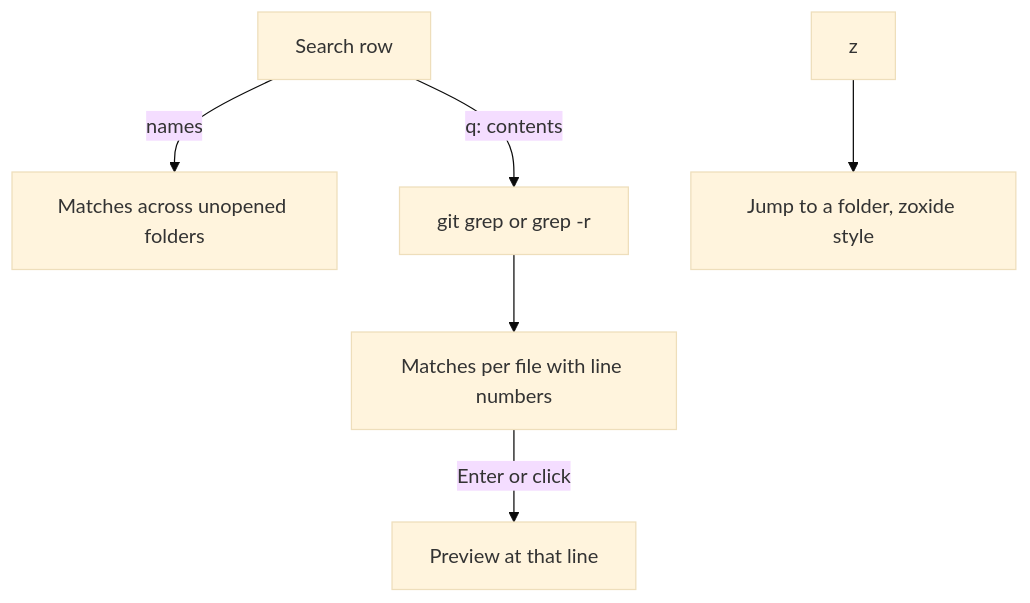
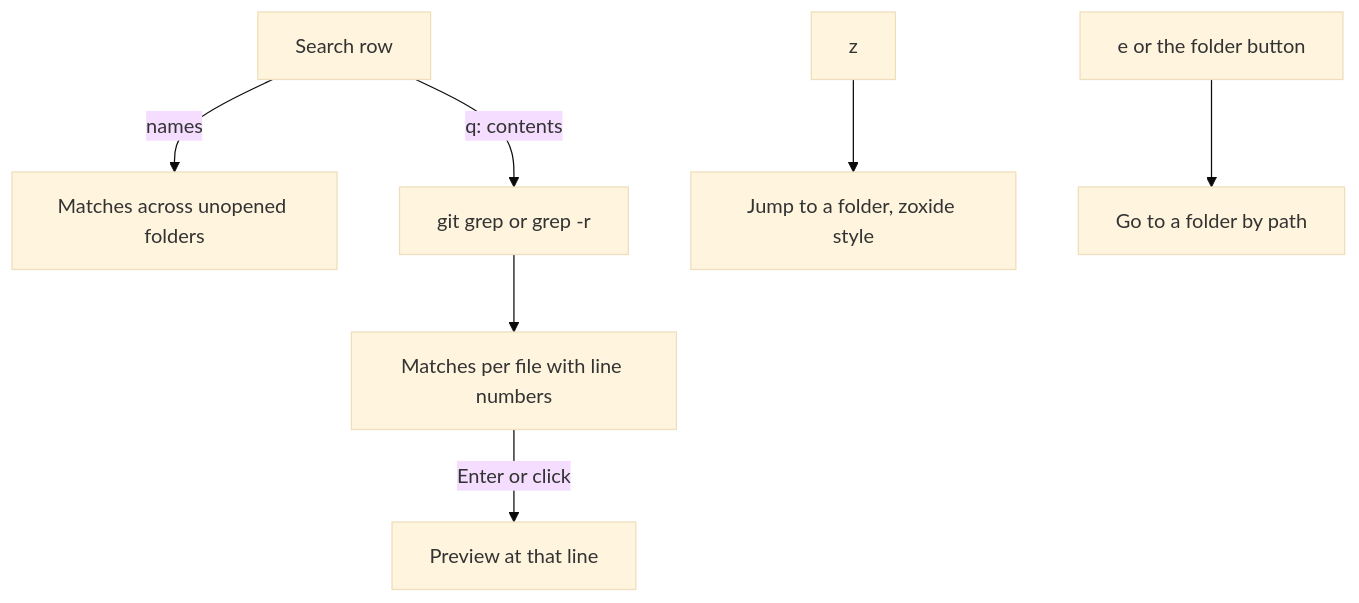
The diagram in docs/search.md (data-goblin/claude-code-filetree), drawn with Mermaid (base theme) before and after one commit. The commit also changed other lines of this file and 4 other files, not shown here.

Commit message:
Docs(goto): path field, e key and folder button

````diff
--- a/docs/search.md
+++ b/docs/search.md
@@ -3,8 +3,9 @@
 ```mermaid
 flowchart TB
   A[Search row] -->|names| B[Matches across unopened folders]
   A -->|q: contents| C[git grep or grep -r]
   C --> D[Matches per file with line numbers]
   D -->|Enter or click| E[Preview at that line]
   F[z] --> G[Jump to a folder, zoxide style]
+  H[e or the folder button] --> I[Go to a folder by path]
 ```
````
